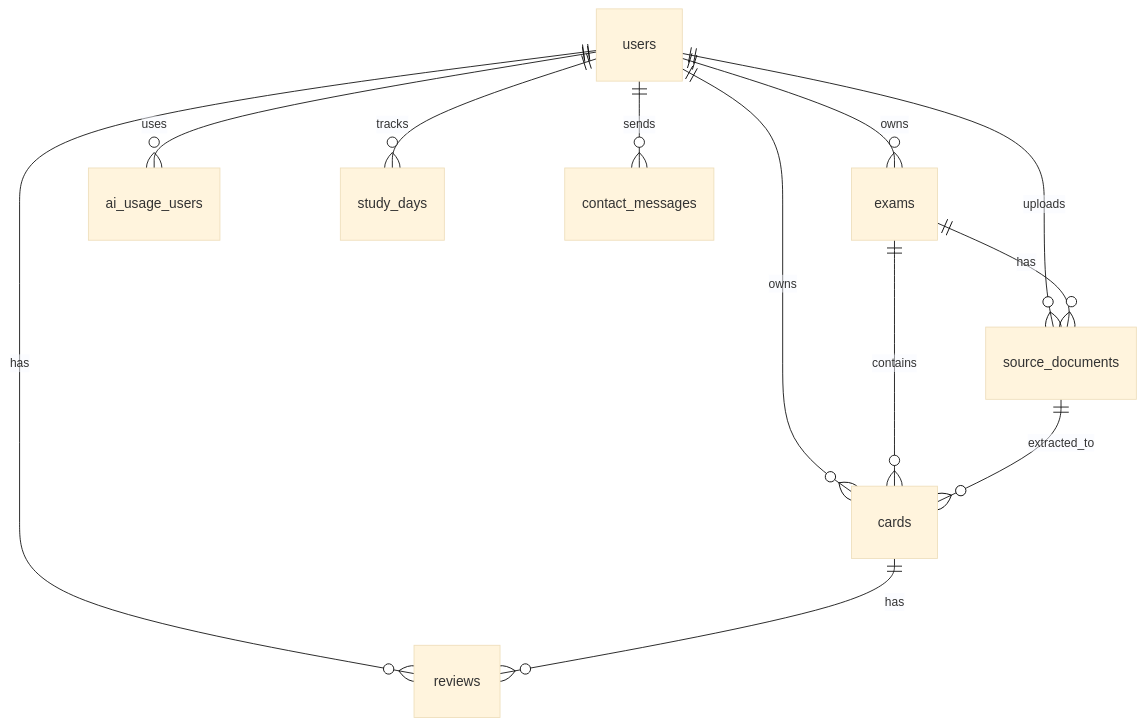
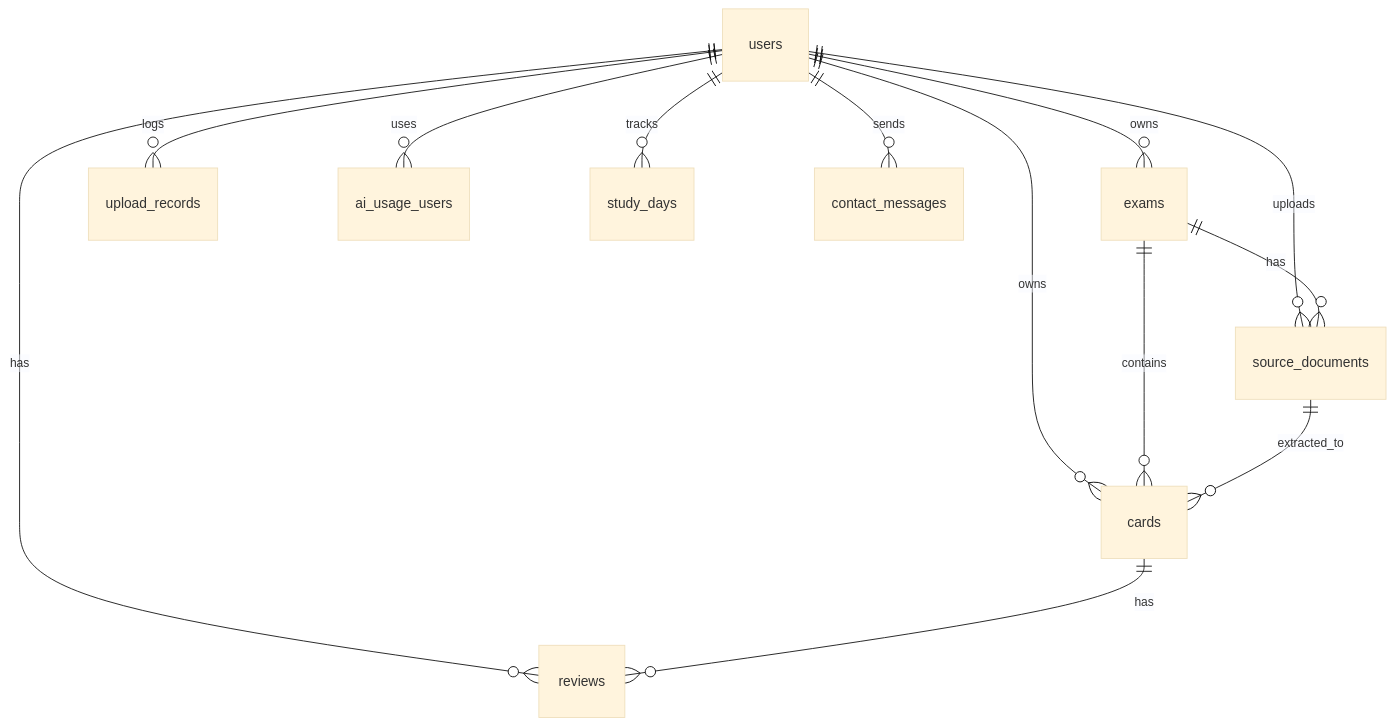
One commit to Kohkiota/RecallMint changed the diagram in docs/02-tech-spec.md. Above: the diagram before and after it, drawn with Mermaid (base theme). The commit also changed other lines of this file, not shown here.

First line of the commit message:
docs(spec): align tech-spec with inline OCR flow + upload_records counter

````diff
--- a/docs/02-tech-spec.md
+++ b/docs/02-tech-spec.md
@@ -601,14 +638,15 @@
 ```mermaid
 erDiagram
   users ||--o{ exams : owns
   users ||--o{ cards : owns
   users ||--o{ reviews : has
   users ||--o{ source_documents : uploads
+  users ||--o{ upload_records : logs
   users ||--o{ ai_usage_users : uses
   users ||--o{ study_days : tracks
   users ||--o{ contact_messages : sends
   exams ||--o{ cards : contains
   exams ||--o{ source_documents : has
   cards ||--o{ reviews : has
   source_documents ||--o{ cards : extracted_to
 ```
````
